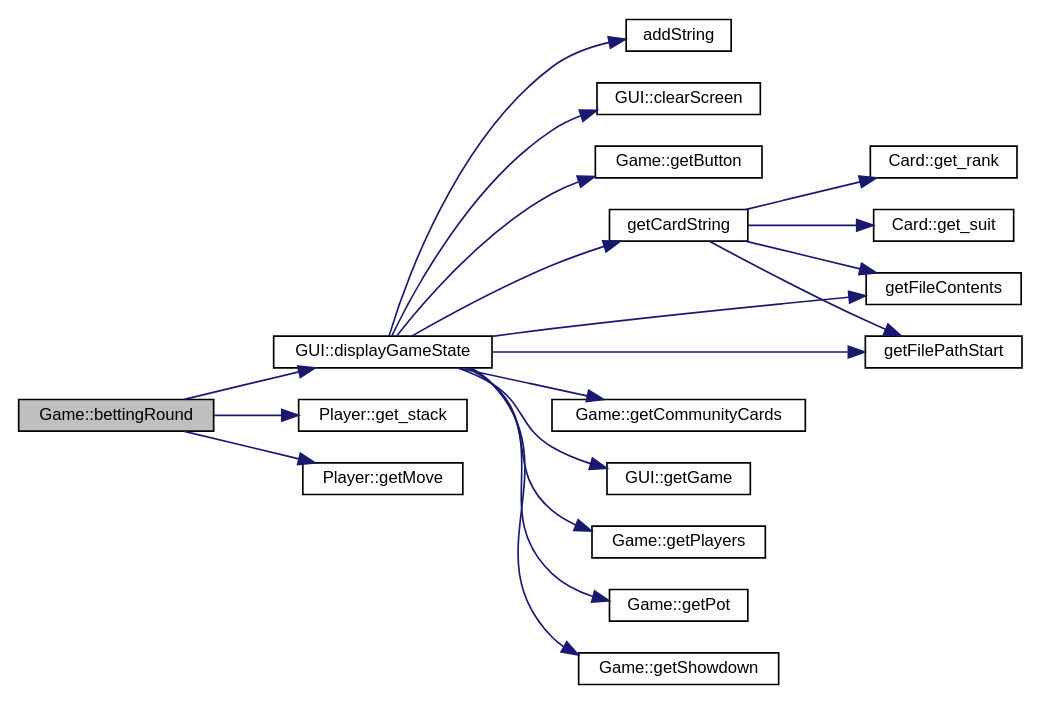
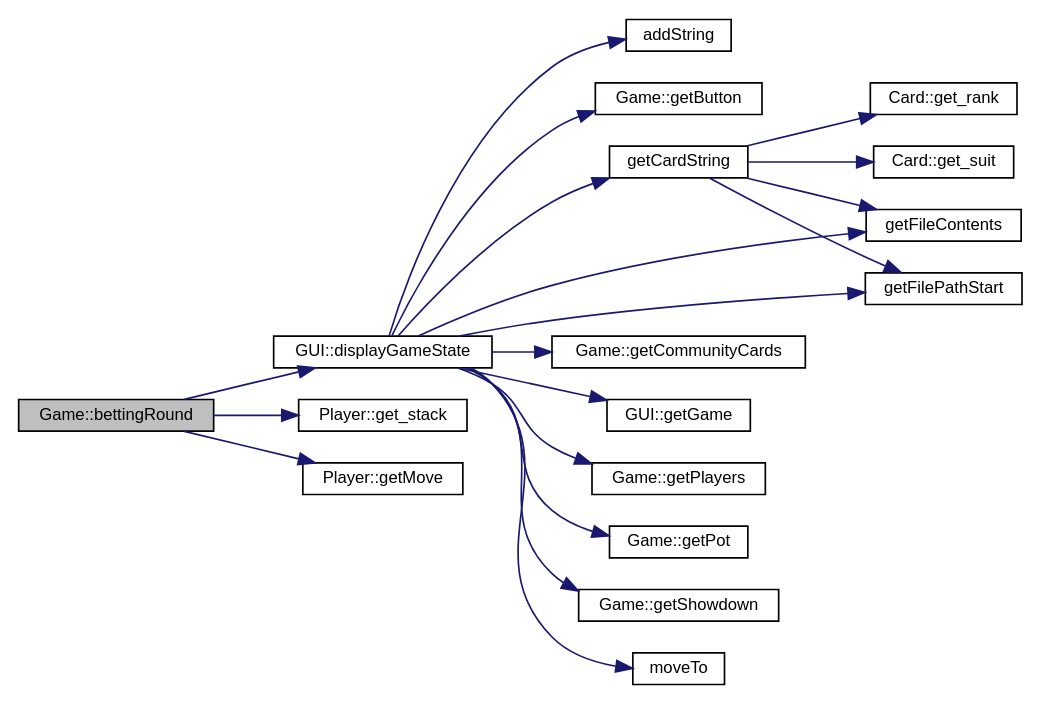
One commit to jesstyrrell/cosc345 changed the diagram in class_game_a0de5cbe2125b0929a0bc8d2e6cdd64d5_cgraph.dot. Above: the diagram before and after it, drawn with Graphviz. The commit also changed 170 other files, not shown here.

```diff
--- a/class_game_a0de5cbe2125b0929a0bc8d2e6cdd64d5_cgraph.dot
+++ b/class_game_a0de5cbe2125b0929a0bc8d2e6cdd64d5_cgraph.dot
@@ -1,43 +1,43 @@
 digraph "Game::bettingRound"
 {
  // INTERACTIVE_SVG=YES
  // LATEX_PDF_SIZE
   edge [fontname="Helvetica",fontsize="10",labelfontname="Helvetica",labelfontsize="10"];
   node [fontname="Helvetica",fontsize="10",shape=record];
   rankdir="LR";
   Node1 [label="Game::bettingRound",height=0.2,width=0.4,color="black", fillcolor="grey75", style="filled", fontcolor="black",tooltip="Conducts a betting round."];
   Node1 -> Node2 [color="midnightblue",fontsize="10",style="solid",fontname="Helvetica"];
   Node2 [label="GUI::displayGameState",height=0.2,width=0.4,color="black", fillcolor="white", style="filled",URL="$class_g_u_i.html#a8f55dae107a6648458f6eb16608c66d2",tooltip="Displays the current state of the game."];
   Node2 -> Node3 [color="midnightblue",fontsize="10",style="solid",fontname="Helvetica"];
   Node3 [label="addString",height=0.2,width=0.4,color="black", fillcolor="white", style="filled",URL="$_g_u_i_8cpp.html#ae6720e4bc4b25d366b73e9fc9b8afd4b",tooltip=" "];
   Node2 -> Node4 [color="midnightblue",fontsize="10",style="solid",fontname="Helvetica"];
-  Node4 [label="GUI::clearScreen",height=0.2,width=0.4,color="black", fillcolor="white", style="filled",URL="$class_g_u_i.html#acf2275f45170a133113df56f878ff554",tooltip="Clears the console screen."];
+  Node4 [label="Game::getButton",height=0.2,width=0.4,color="black", fillcolor="white", style="filled",URL="$class_game.html#a4760c827f1396dfba471b22a79a4f7ee",tooltip="Gets the current position of the dealer button."];
   Node2 -> Node5 [color="midnightblue",fontsize="10",style="solid",fontname="Helvetica"];
-  Node5 [label="Game::getButton",height=0.2,width=0.4,color="black", fillcolor="white", style="filled",URL="$class_game.html#a4760c827f1396dfba471b22a79a4f7ee",tooltip="Gets the current position of the dealer button."];
-  Node2 -> Node6 [color="midnightblue",fontsize="10",style="solid",fontname="Helvetica"];
-  Node6 [label="getCardString",height=0.2,width=0.4,color="black", fillcolor="white", style="filled",URL="$_g_u_i_8cpp.html#a36b6f63142ee7d9e884ef846d5dd1a05",tooltip=" "];
-  Node6 -> Node7 [color="midnightblue",fontsize="10",style="solid",fontname="Helvetica"];
-  Node7 [label="Card::get_rank",height=0.2,width=0.4,color="black", fillcolor="white", style="filled",URL="$class_card.html#a9b352ce37c8d4e365b31dee979c35add",tooltip="Gets the rank of the card."];
-  Node6 -> Node8 [color="midnightblue",fontsize="10",style="solid",fontname="Helvetica"];
-  Node8 [label="Card::get_suit",height=0.2,width=0.4,color="black", fillcolor="white", style="filled",URL="$class_card.html#a74782cc7cdcc2bf7cabc89eaa265805a",tooltip="Gets the suit of the card."];
-  Node6 -> Node9 [color="midnightblue",fontsize="10",style="solid",fontname="Helvetica"];
-  Node9 [label="getFileContents",height=0.2,width=0.4,color="black", fillcolor="white", style="filled",URL="$_g_u_i_8cpp.html#a734f170642ae5d075a5f9f98fab8cfdf",tooltip=" "];
-  Node6 -> Node10 [color="midnightblue",fontsize="10",style="solid",fontname="Helvetica"];
-  Node10 [label="getFilePathStart",height=0.2,width=0.4,color="black", fillcolor="white", style="filled",URL="$_g_u_i_8cpp.html#a674e968d1ecb5cf741d6625f58378c95",tooltip=" "];
+  Node5 [label="getCardString",height=0.2,width=0.4,color="black", fillcolor="white", style="filled",URL="$_g_u_i_8cpp.html#a36b6f63142ee7d9e884ef846d5dd1a05",tooltip=" "];
+  Node5 -> Node6 [color="midnightblue",fontsize="10",style="solid",fontname="Helvetica"];
+  Node6 [label="Card::get_rank",height=0.2,width=0.4,color="black", fillcolor="white", style="filled",URL="$class_card.html#a9b352ce37c8d4e365b31dee979c35add",tooltip="Gets the rank of the card."];
+  Node5 -> Node7 [color="midnightblue",fontsize="10",style="solid",fontname="Helvetica"];
+  Node7 [label="Card::get_suit",height=0.2,width=0.4,color="black", fillcolor="white", style="filled",URL="$class_card.html#a74782cc7cdcc2bf7cabc89eaa265805a",tooltip="Gets the suit of the card."];
+  Node5 -> Node8 [color="midnightblue",fontsize="10",style="solid",fontname="Helvetica"];
+  Node8 [label="getFileContents",height=0.2,width=0.4,color="black", fillcolor="white", style="filled",URL="$_g_u_i_8cpp.html#a734f170642ae5d075a5f9f98fab8cfdf",tooltip=" "];
+  Node5 -> Node9 [color="midnightblue",fontsize="10",style="solid",fontname="Helvetica"];
+  Node9 [label="getFilePathStart",height=0.2,width=0.4,color="black", fillcolor="white", style="filled",URL="$_g_u_i_8cpp.html#a674e968d1ecb5cf741d6625f58378c95",tooltip=" "];
+  Node2 -> Node10 [color="midnightblue",fontsize="10",style="solid",fontname="Helvetica"];
+  Node10 [label="Game::getCommunityCards",height=0.2,width=0.4,color="black", fillcolor="white", style="filled",URL="$class_game.html#ae8d1705be89f97f5ef13ba1a460502f2",tooltip="Gets the community cards on the table."];
+  Node2 -> Node8 [color="midnightblue",fontsize="10",style="solid",fontname="Helvetica"];
+  Node2 -> Node9 [color="midnightblue",fontsize="10",style="solid",fontname="Helvetica"];
   Node2 -> Node11 [color="midnightblue",fontsize="10",style="solid",fontname="Helvetica"];
-  Node11 [label="Game::getCommunityCards",height=0.2,width=0.4,color="black", fillcolor="white", style="filled",URL="$class_game.html#ae8d1705be89f97f5ef13ba1a460502f2",tooltip="Gets the community cards on the table."];
-  Node2 -> Node9 [color="midnightblue",fontsize="10",style="solid",fontname="Helvetica"];
-  Node2 -> Node10 [color="midnightblue",fontsize="10",style="solid",fontname="Helvetica"];
+  Node11 [label="GUI::getGame",height=0.2,width=0.4,color="black", fillcolor="white", style="filled",URL="$class_g_u_i.html#a8a11612f177718da765ea52bc74d62de",tooltip="Gets the game object for the GUI."];
   Node2 -> Node12 [color="midnightblue",fontsize="10",style="solid",fontname="Helvetica"];
-  Node12 [label="GUI::getGame",height=0.2,width=0.4,color="black", fillcolor="white", style="filled",URL="$class_g_u_i.html#a8a11612f177718da765ea52bc74d62de",tooltip="Gets the game object for the GUI."];
+  Node12 [label="Game::getPlayers",height=0.2,width=0.4,color="black", fillcolor="white", style="filled",URL="$class_game.html#a57e5aef2f67e77929842fab7a78404ea",tooltip="Gets the players in the game."];
   Node2 -> Node13 [color="midnightblue",fontsize="10",style="solid",fontname="Helvetica"];
-  Node13 [label="Game::getPlayers",height=0.2,width=0.4,color="black", fillcolor="white", style="filled",URL="$class_game.html#a57e5aef2f67e77929842fab7a78404ea",tooltip="Gets the players in the game."];
+  Node13 [label="Game::getPot",height=0.2,width=0.4,color="black", fillcolor="white", style="filled",URL="$class_game.html#a20b263146b74bb0c81341cfd26c44de6",tooltip="Gets the current pot size."];
   Node2 -> Node14 [color="midnightblue",fontsize="10",style="solid",fontname="Helvetica"];
-  Node14 [label="Game::getPot",height=0.2,width=0.4,color="black", fillcolor="white", style="filled",URL="$class_game.html#a20b263146b74bb0c81341cfd26c44de6",tooltip="Gets the current pot size."];
+  Node14 [label="Game::getShowdown",height=0.2,width=0.4,color="black", fillcolor="white", style="filled",URL="$class_game.html#ae10d3e9f219b74699aa150537440c041",tooltip="Checks if the game is at showdown."];
   Node2 -> Node15 [color="midnightblue",fontsize="10",style="solid",fontname="Helvetica"];
-  Node15 [label="Game::getShowdown",height=0.2,width=0.4,color="black", fillcolor="white", style="filled",URL="$class_game.html#ae10d3e9f219b74699aa150537440c041",tooltip="Checks if the game is at showdown."];
+  Node15 [label="moveTo",height=0.2,width=0.4,color="black", fillcolor="white", style="filled",URL="$_g_u_i_8cpp.html#a0fcdefbd8531ccd32fad2d8d6caa7a76",tooltip=" "];
   Node1 -> Node16 [color="midnightblue",fontsize="10",style="solid",fontname="Helvetica"];
   Node16 [label="Player::get_stack",height=0.2,width=0.4,color="black", fillcolor="white", style="filled",URL="$class_player.html#aca2f65a65461c322a0563ae0482be213",tooltip="Gets the current stack of the player."];
   Node1 -> Node17 [color="midnightblue",fontsize="10",style="solid",fontname="Helvetica"];
   Node17 [label="Player::getMove",height=0.2,width=0.4,color="black", fillcolor="white", style="filled",URL="$class_player.html#a7df36236f01194eda0b891187ddc7fe5",tooltip="Gets the player's move during their turn."];
 }
```
